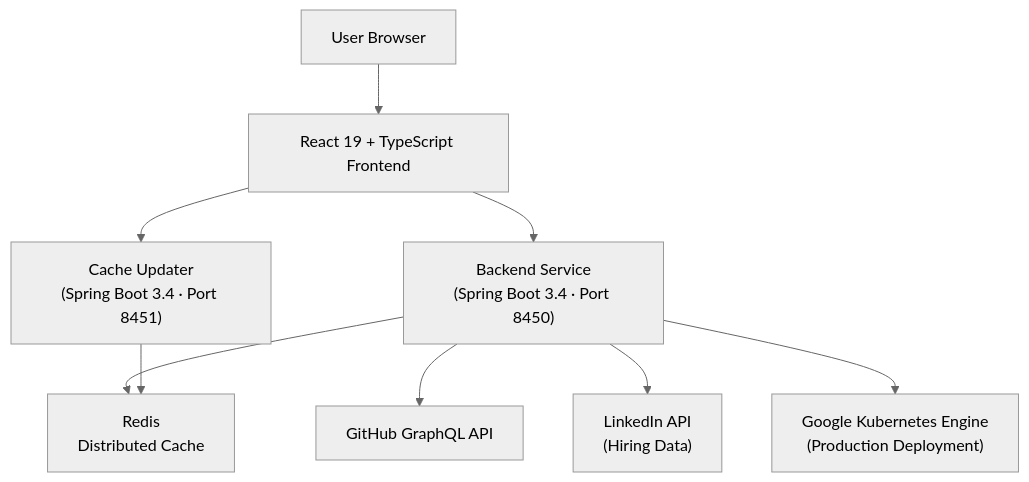
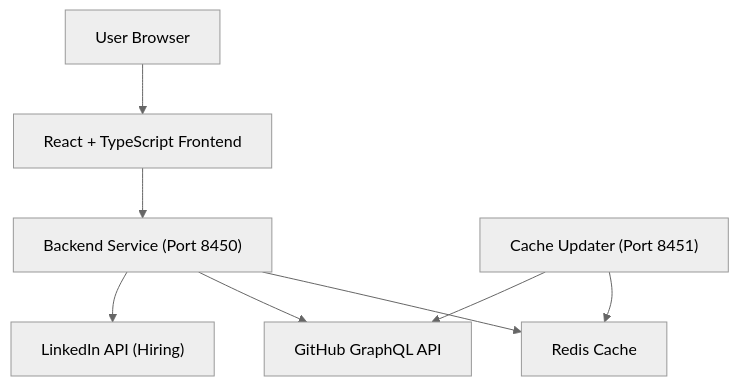
The diagram in docs/getting-started/introduction.md (flamingo-stack/major-league-github), drawn with Mermaid (neutral theme) before and after one commit. The commit also changed other lines of this file and 91 other files, not shown here.

````diff
--- a/docs/getting-started/introduction.md
+++ b/docs/getting-started/introduction.md
@@ -43,11 +55,10 @@
 ```mermaid
 flowchart TD
-    User["User Browser"] --> Frontend["React 19 + TypeScript Frontend"]
-    Frontend --> Backend["Backend Service\n(Spring Boot 3.4 · Port 8450)"]
-    Frontend --> Cache["Cache Updater\n(Spring Boot 3.4 · Port 8451)"]
-    Backend --> Redis["Redis\nDistributed Cache"]
-    Cache --> Redis
-    Backend --> GitHub["GitHub GraphQL API"]
-    Backend --> LinkedIn["LinkedIn API\n(Hiring Data)"]
-    Backend --> GKE["Google Kubernetes Engine\n(Production Deployment)"]
+    User["User Browser"] --> Frontend["React + TypeScript Frontend"]
+    Frontend --> BackendAPI["Backend Service (Port 8450)"]
+    BackendAPI --> Redis["Redis Cache"]
+    BackendAPI --> GitHub["GitHub GraphQL API"]
+    CacheUpdater["Cache Updater (Port 8451)"] --> Redis
+    CacheUpdater --> GitHub
+    BackendAPI --> LinkedIn["LinkedIn API (Hiring)"]
 ```
````
